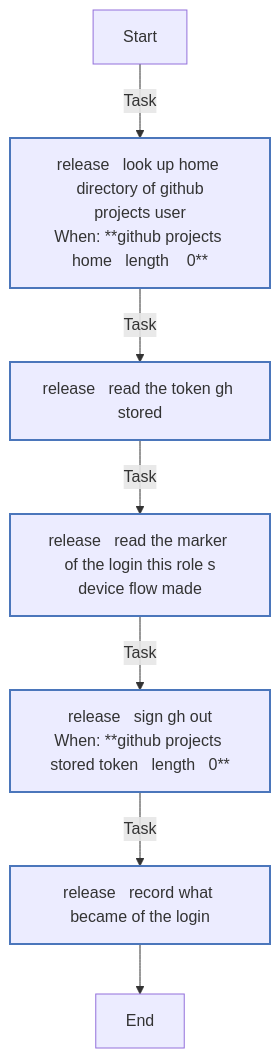
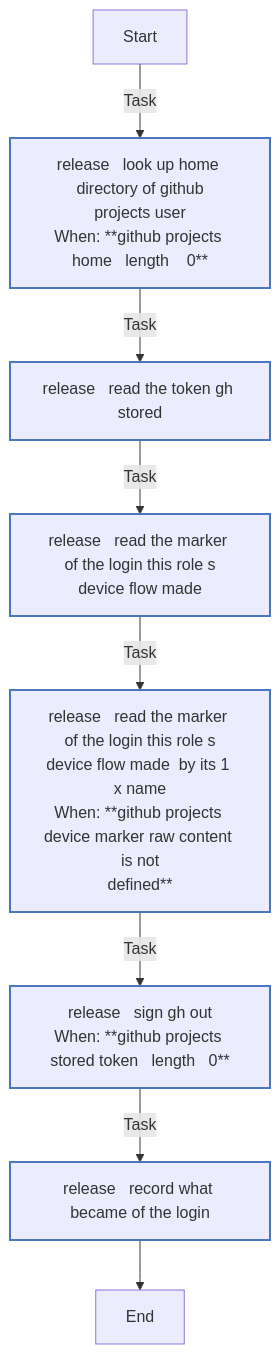
One commit to kawadeomkar/agent-warehouse changed the tenth of 11 diagrams in docs/reference/roles/github_projects.md. Above: the diagram before and after it, drawn with Mermaid. The commit also changed other lines of this file and 31 other files, not shown here.

````diff
--- a/docs/reference/roles/github_projects.md
+++ b/docs/reference/roles/github_projects.md
@@ -455,19 +488,20 @@
 ```mermaid
 flowchart TD
 Start
 classDef block stroke:#3498db,stroke-width:2px;
 classDef task stroke:#4b76bb,stroke-width:2px;
 classDef includeTasks stroke:#16a085,stroke-width:2px;
 classDef importTasks stroke:#34495e,stroke-width:2px;
 classDef includeRole stroke:#2980b9,stroke-width:2px;
 classDef importRole stroke:#699ba7,stroke-width:2px;
 classDef includeVars stroke:#8e44ad,stroke-width:2px;
 classDef rescue stroke:#665352,stroke-width:2px;
 
   Start-->|Task| release___Look_up_home_directory_of_github_projects_user0[release   look up home directory of github<br>projects user<br>When: **github projects home   length    0**]:::task
   release___Look_up_home_directory_of_github_projects_user0-->|Task| release___Read_the_token_gh_stored1[release   read the token gh stored]:::task
   release___Read_the_token_gh_stored1-->|Task| release___Read_the_marker_of_the_login_this_role_s_device_flow_made2[release   read the marker of the login this role s<br>device flow made]:::task
-  release___Read_the_marker_of_the_login_this_role_s_device_flow_made2-->|Task| release___Sign_gh_out3[release   sign gh out<br>When: **github projects stored token   length   0**]:::task
-  release___Sign_gh_out3-->|Task| release___Record_what_became_of_the_login4[release   record what became of the login]:::task
-  release___Record_what_became_of_the_login4-->End
+  release___Read_the_marker_of_the_login_this_role_s_device_flow_made2-->|Task| release___Read_the_marker_of_the_login_this_role_s_device_flow_made__by_its_1_x_name3[release   read the marker of the login this role s<br>device flow made  by its 1 x name<br>When: **github projects device marker raw content is not<br>defined**]:::task
+  release___Read_the_marker_of_the_login_this_role_s_device_flow_made__by_its_1_x_name3-->|Task| release___Sign_gh_out4[release   sign gh out<br>When: **github projects stored token   length   0**]:::task
+  release___Sign_gh_out4-->|Task| release___Record_what_became_of_the_login5[release   record what became of the login]:::task
+  release___Record_what_became_of_the_login5-->End
 ```
````
